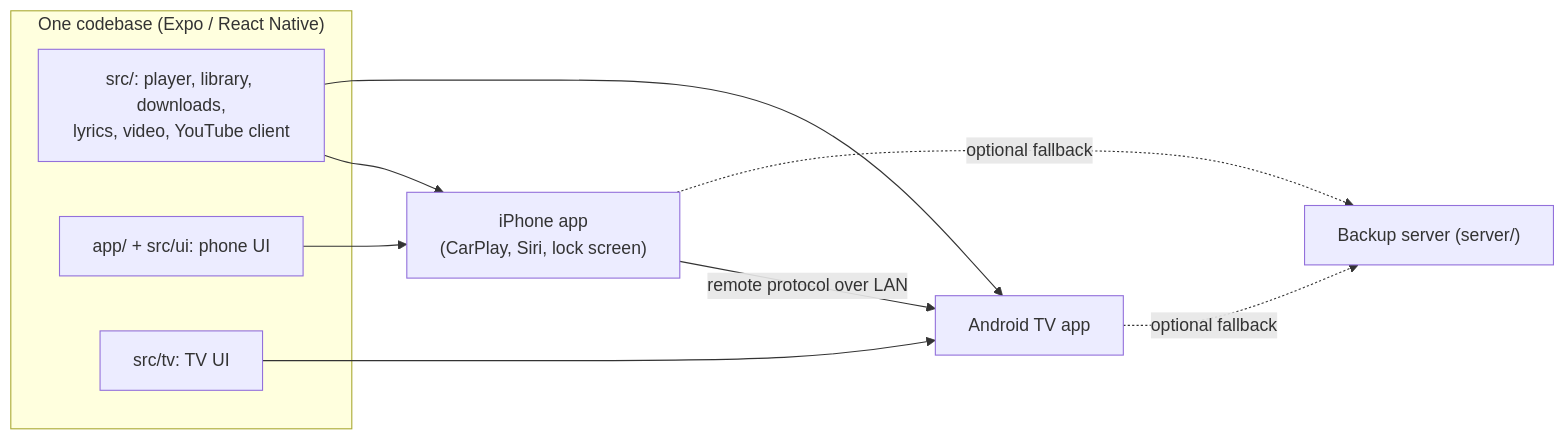
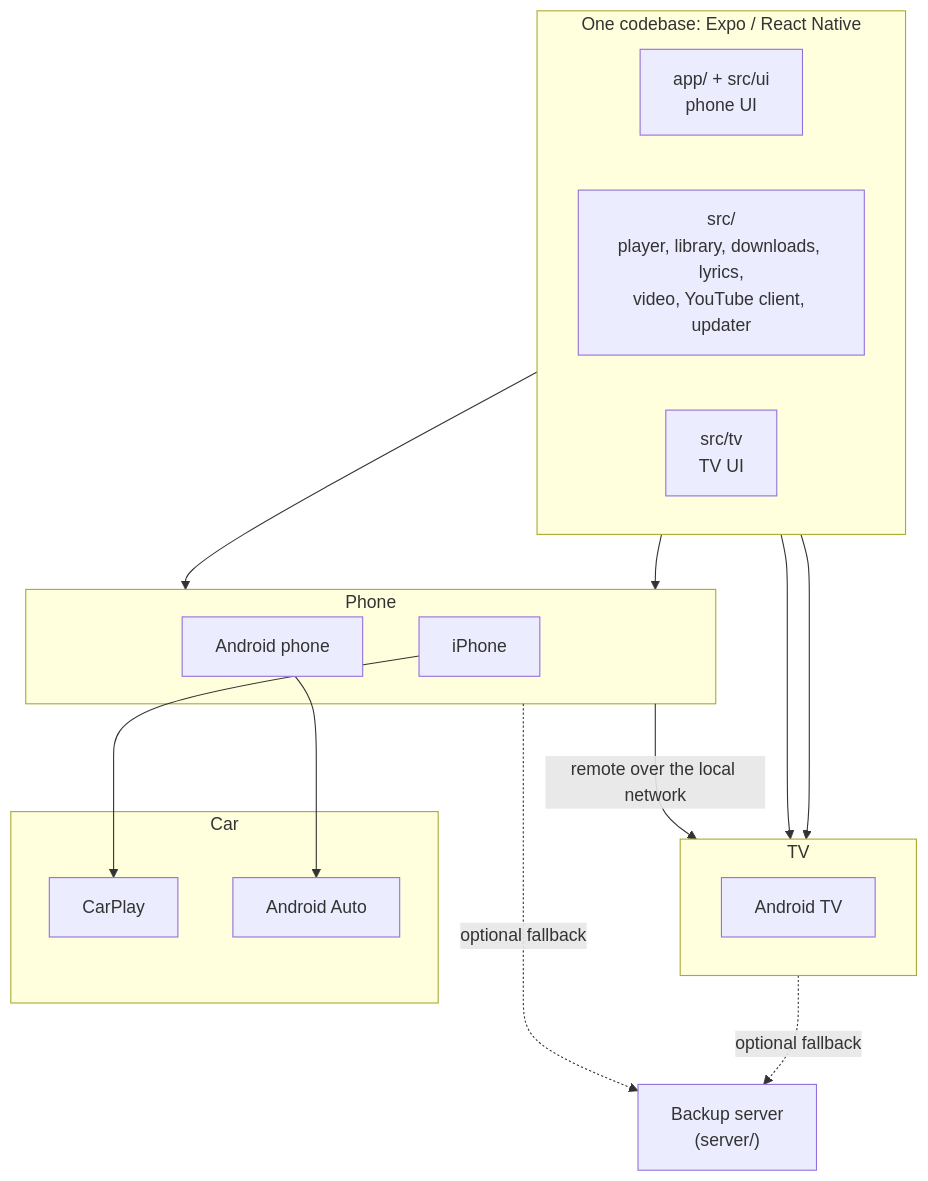
Before and after one commit to RioterTrov97/Sangeet: the diagram in README.md, drawn with Mermaid. The commit also changed other lines of this file and 141 other files, not shown here.

Commit message:
feat: added support for android app and updated ci workflow

````diff
--- a/README.md
+++ b/README.md
@@ -62,15 +81,33 @@
 ```mermaid
-flowchart LR
-  subgraph Codebase["One codebase (Expo / React Native)"]
-    Shared["src/: player, library, downloads,<br/>lyrics, video, YouTube client"]
-    PhoneUI["app/ + src/ui: phone UI"]
-    TVUI["src/tv: TV UI"]
+flowchart TB
+  subgraph Code["One codebase: Expo / React Native"]
+    direction LR
+    PhoneUI["app/ + src/ui<br/>phone UI"]
+    Shared["src/<br/>player, library, downloads, lyrics,<br/>video, YouTube client, updater"]
+    TVUI["src/tv<br/>TV UI"]
   end
-  Shared --> iPhone["iPhone app<br/>(CarPlay, Siri, lock screen)"]
-  PhoneUI --> iPhone
-  Shared --> TV["Android TV app"]
+
+  subgraph Phone
+    iPhone["iPhone"]
+    AndroidPhone["Android phone"]
+  end
+
+  subgraph Car
+    CarPlay["CarPlay"]
+    Auto["Android Auto"]
+  end
+
+  subgraph TV
+    AndroidTV["Android TV"]
+  end
+
+  PhoneUI --> Phone
+  Shared --> Phone
+  Shared --> TV
   TVUI --> TV
-  iPhone -- "remote protocol over LAN" --> TV
-  iPhone -. "optional fallback" .-> Server["Backup server (server/)"]
+  iPhone --> CarPlay
+  AndroidPhone --> Auto
+  Phone -- "remote over the local network" --> TV
+  Phone -. "optional fallback" .-> Server["Backup server<br/>(server/)"]
   TV -. "optional fallback" .-> Server
 ```
````
